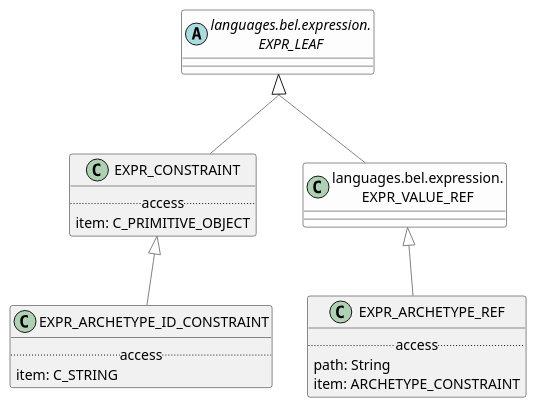
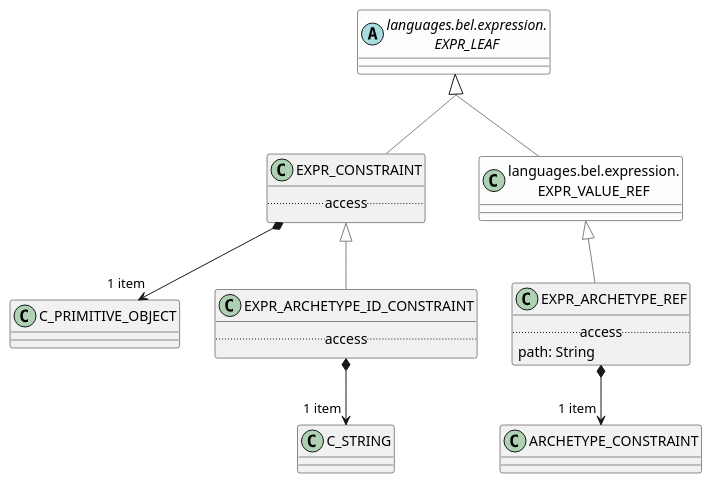
The diagram in modules/ROOT/examples/bmm/languages/aom2/rules/rules-package-uml.adoc (wolandscat/openehr-doc), drawn with PlantUML before and after one commit. The commit also changed 30 other files, not shown here.

```diff
--- a/modules/ROOT/examples/bmm/languages/aom2/rules/rules-package-uml.adoc
+++ b/modules/ROOT/examples/bmm/languages/aom2/rules/rules-package-uml.adoc
@@ -3,38 +3,41 @@
 [plantuml,opts=interactive,link=self]
 ....
 skinparam groupInheritance 2
 skinparam citedClassColor #FDFDFD
 
 
 EXPR_VALUE_REF -[#gray]up-|> EXPR_LEAF  
 
 class EXPR_ARCHETYPE_REF [[/openehr-doc/latest/languages/aom2-gen.html#_class_expr_archetype_ref]] {
         .. access ..
         path: String
-        item: ARCHETYPE_CONSTRAINT
 }
 
 EXPR_ARCHETYPE_REF -[#gray]up-|> EXPR_VALUE_REF  
 
 
+EXPR_ARCHETYPE_REF *--> "1 item" ARCHETYPE_CONSTRAINT
+
 class EXPR_CONSTRAINT [[/openehr-doc/latest/languages/aom2-gen.html#_class_expr_constraint]] {
         .. access ..
-        item: C_PRIMITIVE_OBJECT
 }
 
 EXPR_CONSTRAINT -[#gray]up-|> EXPR_LEAF  
 
 
+EXPR_CONSTRAINT *--> "1 item" C_PRIMITIVE_OBJECT
+
 class EXPR_ARCHETYPE_ID_CONSTRAINT [[/openehr-doc/latest/languages/aom2-gen.html#_class_expr_archetype_id_constraint]] {
         .. access ..
-        item: C_STRING
 }
 
 EXPR_ARCHETYPE_ID_CONSTRAINT -[#gray]up-|> EXPR_CONSTRAINT  
 
+
+EXPR_ARCHETYPE_ID_CONSTRAINT *--> "1 item" C_STRING
 class "languages.bel.expression.\nEXPR_VALUE_REF" as EXPR_VALUE_REF  [[/openehr-doc/latest/languages/bel-gen.html#_class_expr_value_ref]] #FDFDFD {
 }
 abstract class "languages.bel.expression.\nEXPR_LEAF" as EXPR_LEAF  [[/openehr-doc/latest/languages/bel-gen.html#_class_expr_leaf]] #FDFDFD {
 }
 
 ....
```
